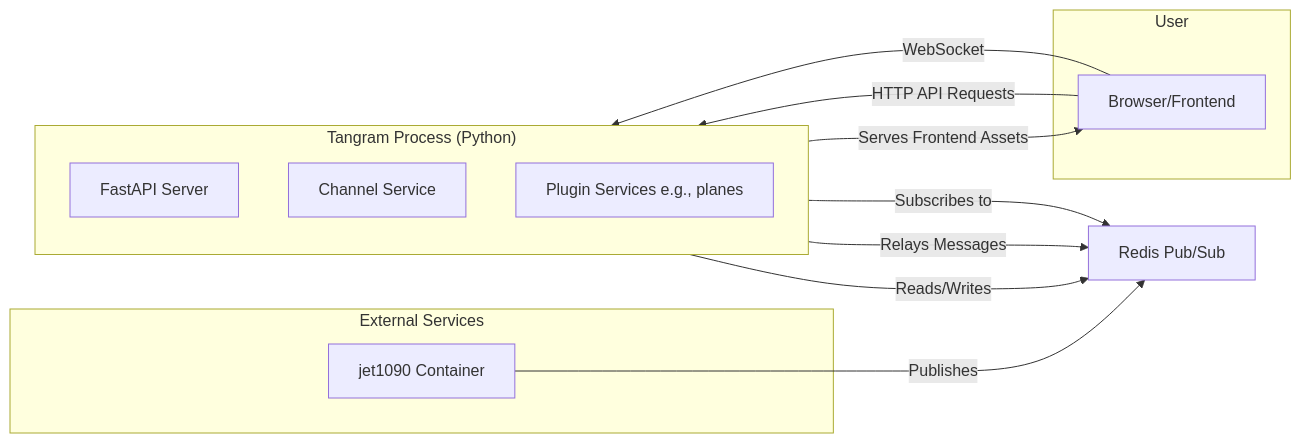
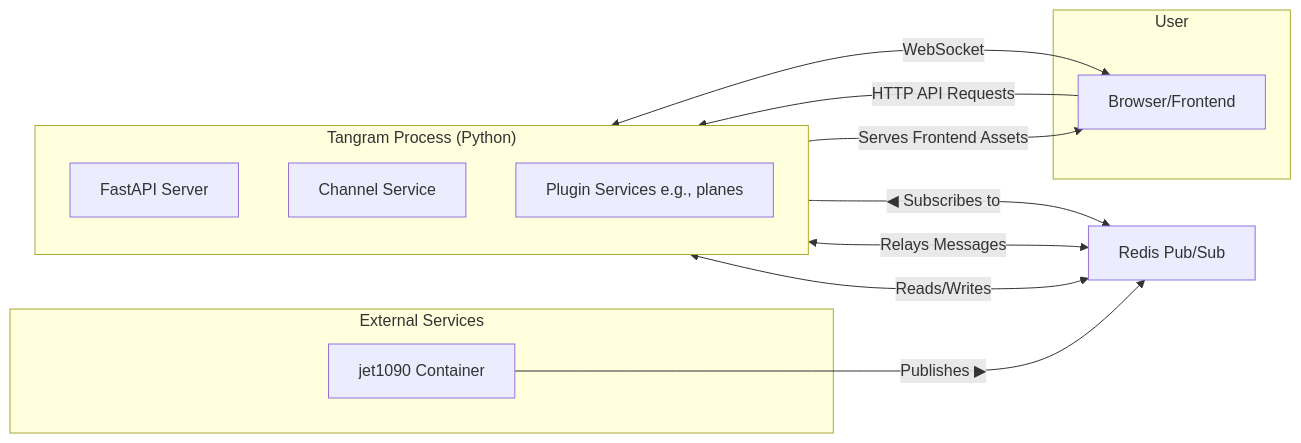
The diagram in docs/architecture/index.md (open-aviation/tangram), drawn with Mermaid before and after one commit. The commit also changed other lines of this file and 44 other files, not shown here.

````diff
--- a/docs/architecture/index.md
+++ b/docs/architecture/index.md
@@ -29,27 +29,27 @@
 ```mermaid
 graph LR
     subgraph User
         B[Browser/Frontend]
     end
 
     subgraph "Tangram Process (Python)"
         direction TB
         FAS[FastAPI Server]
         CS[Channel Service]
         PS[Plugin Services e.g., planes]
     end
 
     subgraph "External Services"
         J[jet1090 Container]
     end
 
     R[Redis Pub/Sub]
 
     B -- HTTP API Requests --> FAS
-    B -- WebSocket --> CS
+    B <-- WebSocket --> CS
     FAS -- Serves Frontend Assets --> B
-    FAS -- Reads/Writes --> R
-    CS -- Relays Messages --> R
-    PS -- Subscribes to --> R
-    J -- Publishes --> R
+    FAS <-- Reads/Writes --> R
+    CS <-- Relays Messages --> R
+    PS -- ◀ Subscribes to --> R
+    J -- Publishes ▶ --> R
 ```
````
